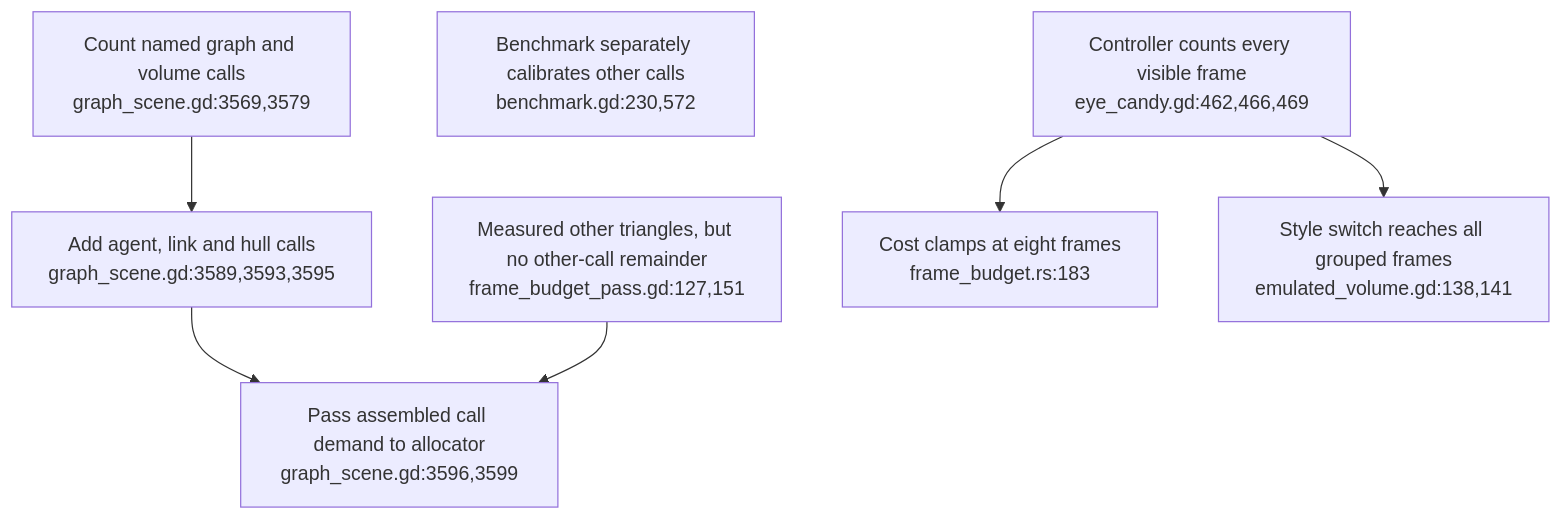
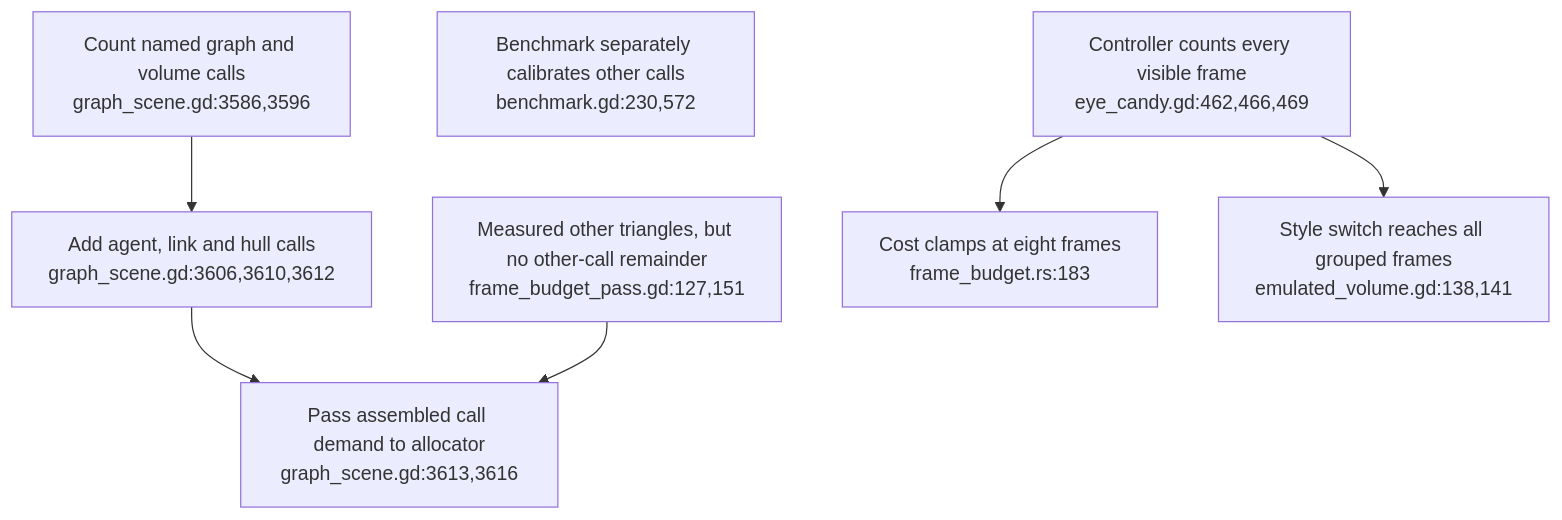
One commit to DreamLab-AI/VisionFlow changed the second of 8 diagrams in docs/diagrams/visionclaw/51-xr-visual-budget-and-engine-gates.md. Above: the diagram before and after it, drawn with Mermaid. The commit also changed other lines of this file and 49 other files, not shown here.

First line of the commit message:
docs(diagrams): re-derive and re-stamp VisionClaw, estate, knowledge-graph, visionGraph, VisionFlow and sidestr topics

````diff
--- a/docs/diagrams/visionclaw/51-xr-visual-budget-and-engine-gates.md
+++ b/docs/diagrams/visionclaw/51-xr-visual-budget-and-engine-gates.md
@@ -66,9 +66,9 @@
 ```mermaid
 flowchart TD
-    SCENE["Count named graph and volume calls<br/>graph_scene.gd:3569,3579"] --> CALLS["Add agent, link and hull calls<br/>graph_scene.gd:3589,3593,3595"]
-    CALLS --> INPUT["Pass assembled call demand to allocator<br/>graph_scene.gd:3596,3599"]
+    SCENE["Count named graph and volume calls<br/>graph_scene.gd:3586,3596"] --> CALLS["Add agent, link and hull calls<br/>graph_scene.gd:3606,3610,3612"]
+    CALLS --> INPUT["Pass assembled call demand to allocator<br/>graph_scene.gd:3613,3616"]
     OTHER["Measured other triangles, but no other-call remainder<br/>frame_budget_pass.gd:127,151"] --> INPUT
     BENCH["Benchmark separately calibrates other calls<br/>benchmark.gd:230,572"]
     VISIBLE["Controller counts every visible frame<br/>eye_candy.gd:462,466,469"] --> PRICE["Cost clamps at eight frames<br/>frame_budget.rs:183"]
     VISIBLE --> DRAW["Style switch reaches all grouped frames<br/>emulated_volume.gd:138,141"]
 ```
````
